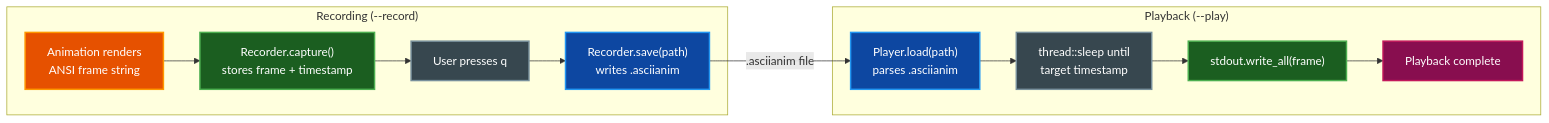
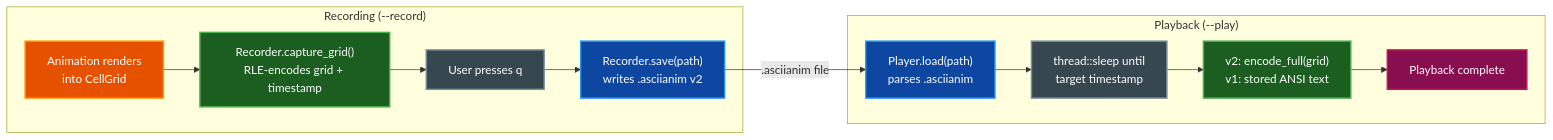
Before and after one commit to paulrobello/termflix: the eighth of 14 diagrams in docs/ARCHITECTURE.md, drawn with Mermaid. The commit also changed other lines of this file and 6 other files, not shown here.

First line of the commit message:
feat: .asciianim v2 records cell grids with an explicit SIZE header (ENH-003)

````diff
--- a/docs/ARCHITECTURE.md
+++ b/docs/ARCHITECTURE.md
@@ -599,29 +599,29 @@
 ```mermaid
 flowchart LR
     subgraph "Recording (--record)"
-        REC_ANIM["Animation renders\nANSI frame string"]
-        REC_CAP["Recorder.capture()\nstores frame + timestamp"]
+        REC_ANIM["Animation renders\ninto CellGrid"]
+        REC_CAP["Recorder.capture_grid()\nRLE-encodes grid + timestamp"]
         REC_QUIT["User presses q"]
-        REC_SAVE["Recorder.save(path)\nwrites .asciianim"]
+        REC_SAVE["Recorder.save(path)\nwrites .asciianim v2"]
     end
 
     subgraph "Playback (--play)"
         PL_LOAD["Player.load(path)\nparses .asciianim"]
         PL_WAIT["thread::sleep until\ntarget timestamp"]
-        PL_WRITE["stdout.write_all(frame)"]
+        PL_WRITE["v2: encode_full(grid)\nv1: stored ANSI text"]
         PL_DONE["Playback complete"]
     end
 
     REC_ANIM --> REC_CAP --> REC_QUIT --> REC_SAVE
     REC_SAVE -->|".asciianim file"| PL_LOAD
     PL_LOAD --> PL_WAIT --> PL_WRITE --> PL_DONE
 
     style REC_ANIM fill:#e65100,stroke:#ff9800,stroke-width:2px,color:#ffffff
     style REC_CAP fill:#1b5e20,stroke:#4caf50,stroke-width:2px,color:#ffffff
     style REC_QUIT fill:#37474f,stroke:#78909c,stroke-width:2px,color:#ffffff
     style REC_SAVE fill:#0d47a1,stroke:#2196f3,stroke-width:2px,color:#ffffff
     style PL_LOAD fill:#0d47a1,stroke:#2196f3,stroke-width:2px,color:#ffffff
     style PL_WAIT fill:#37474f,stroke:#78909c,stroke-width:2px,color:#ffffff
     style PL_WRITE fill:#1b5e20,stroke:#4caf50,stroke-width:2px,color:#ffffff
     style PL_DONE fill:#880e4f,stroke:#c2185b,stroke-width:2px,color:#ffffff
 ```
````
